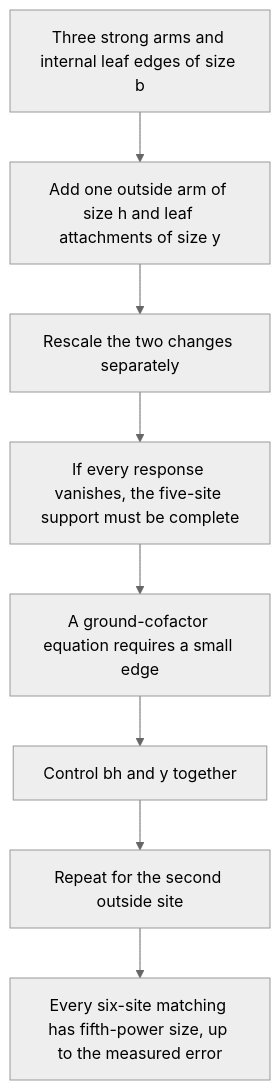
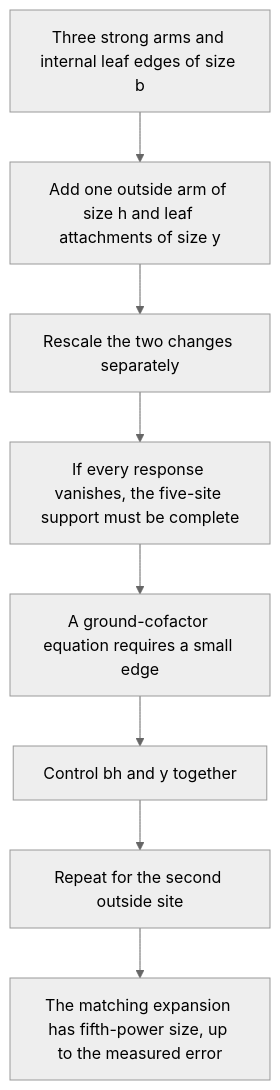
One commit to rrajasek95/krenn-conjecture changed the eighth of 9 diagrams in explainers/CRITICAL-DIRECTION-GEOMETRY.md. Above: the diagram before and after it, drawn with Mermaid (neutral theme). The commit also changed other lines of this file and 11 other files, not shown here.

```diff
--- a/explainers/CRITICAL-DIRECTION-GEOMETRY.md
+++ b/explainers/CRITICAL-DIRECTION-GEOMETRY.md
@@ -358,10 +358,10 @@
 ~~~mermaid
 flowchart TD
     A["Three strong arms and internal leaf edges of size b"] --> B["Add one outside arm of size h and leaf attachments of size y"]
     B --> C["Rescale the two changes separately"]
     C --> D["If every response vanishes, the five-site support must be complete"]
     D --> E["A ground-cofactor equation requires a small edge"]
     E --> F["Control bh and y together"]
     F --> G["Repeat for the second outside site"]
-    G --> H["Every six-site matching has fifth-power size, up to the measured error"]
+    G --> H["The matching expansion has fifth-power size, up to the measured error"]
 ~~~
```
